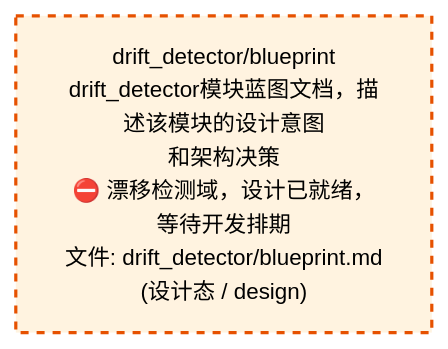
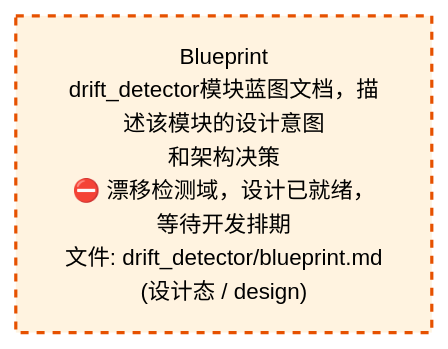
Before and after one commit to xuanFelixVan/ZephyrAlpha: the third of 4 diagrams in docs/02_enterprise_architecture/02_domain_architecture_docs/52_d_gov_drift.md, drawn with Mermaid. The commit also changed other lines of this file and 58 other files, not shown here.

````diff
--- a/docs/02_enterprise_architecture/02_domain_architecture_docs/52_d_gov_drift.md
+++ b/docs/02_enterprise_architecture/02_domain_architecture_docs/52_d_gov_drift.md
@@ -451,10 +450,10 @@
 ```mermaid
 %%{init: {'theme': 'base', 'themeVariables': {'primaryColor': '#eaeaea', 'primaryTextColor': '#333333', 'primaryBorderColor': '#666666', 'lineColor': '#666666', 'secondaryColor': '#eaeaea', 'tertiaryColor': '#eaeaea', 'fontSize': '14px'}}}%%
 flowchart TD
-    docs_03_modules_domain_governance_drift_detector_blueprint_md["drift_detector/blueprint<br/>drift_detector模块蓝图文档，描述该模块的设计意图<br/>和架构决策<br/>⛔ 漂移检测域，设计已就绪，等待开发排期<br/>文件: drift_detector/blueprint.md<br/>(设计态 / design)"]
+    docs_03_modules_domain_governance_drift_detector_blueprint_md["Blueprint<br/>drift_detector模块蓝图文档，描述该模块的设计意图<br/>和架构决策<br/>⛔ 漂移检测域，设计已就绪，等待开发排期<br/>文件: drift_detector/blueprint.md<br/>(设计态 / design)"]
     classDef production fill:#e1f5fe,stroke:#01579b,stroke-width:2px,color:#000
     classDef design fill:#fff3e0,stroke:#e65100,stroke-width:2px,color:#000,stroke-dasharray: 5 5
     classDef external_prod fill:#e8f4fd,stroke:#0277bd,stroke-width:1px,color:#000
     classDef external_design fill:#fff8e7,stroke:#ef6c00,stroke-width:1px,color:#000,stroke-dasharray: 5 5
     class docs_03_modules_domain_governance_drift_detector_blueprint_md design
 ```
````
